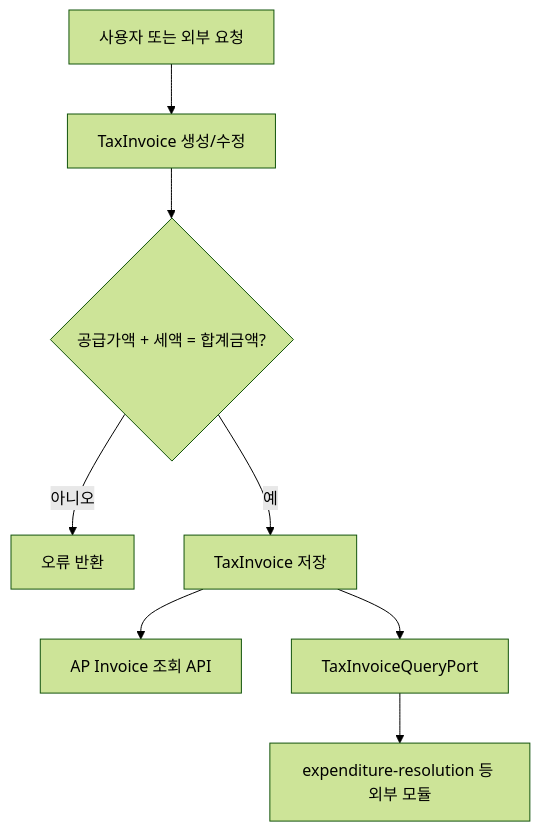
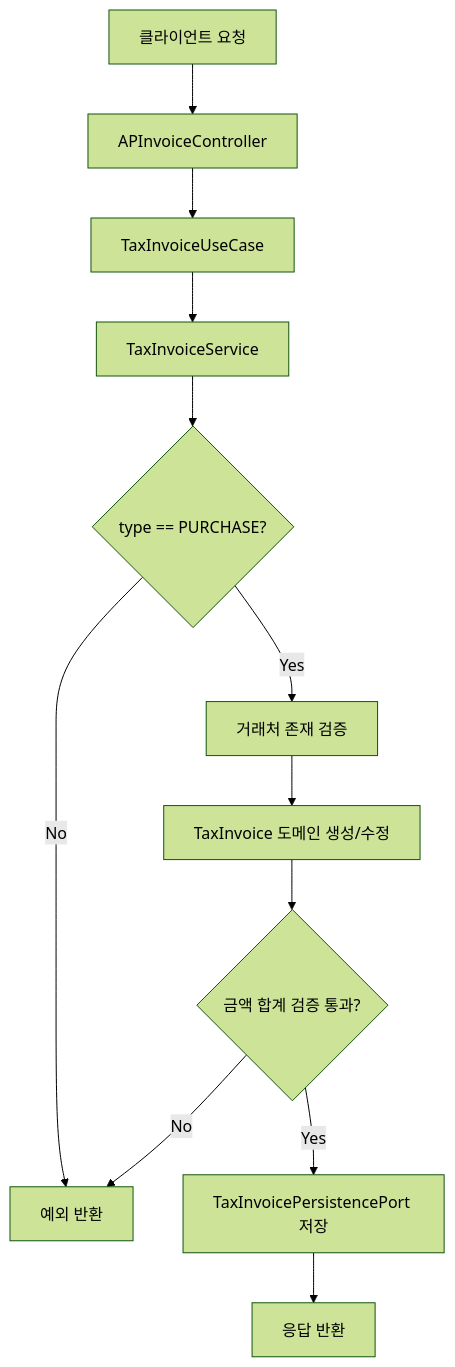
One commit to skyg547/account changed the diagram in tax/docs/process-flow.md. Above: the diagram before and after it, drawn with Mermaid (forest theme). The commit also changed other lines of this file and 97 other files, not shown here.

````diff
--- a/tax/docs/process-flow.md
+++ b/tax/docs/process-flow.md
@@ -16,10 +16,14 @@
 ```mermaid
 flowchart TD
-    A[사용자 또는 외부 요청] --> B[TaxInvoice 생성/수정]
-    B --> C{공급가액 + 세액 = 합계금액?}
-    C -->|아니오| X[오류 반환]
-    C -->|예| D[TaxInvoice 저장]
-    D --> E[AP Invoice 조회 API]
-    D --> F[TaxInvoiceQueryPort]
-    F --> G[expenditure-resolution 등 외부 모듈]
+    A[클라이언트 요청] --> B[APInvoiceController]
+    B --> C[TaxInvoiceUseCase]
+    C --> D[TaxInvoiceService]
+    D --> E{type == PURCHASE?}
+    E -->|No| X[예외 반환]
+    E -->|Yes| F[거래처 존재 검증]
+    F --> G[TaxInvoice 도메인 생성/수정]
+    G --> H{금액 합계 검증 통과?}
+    H -->|No| X
+    H -->|Yes| I[TaxInvoicePersistencePort 저장]
+    I --> J[응답 반환]
 ```
````
